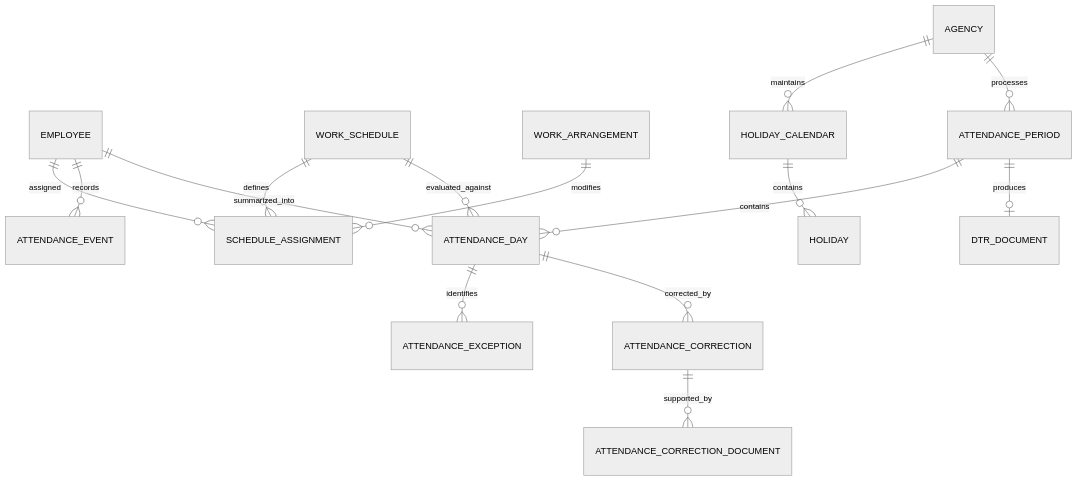
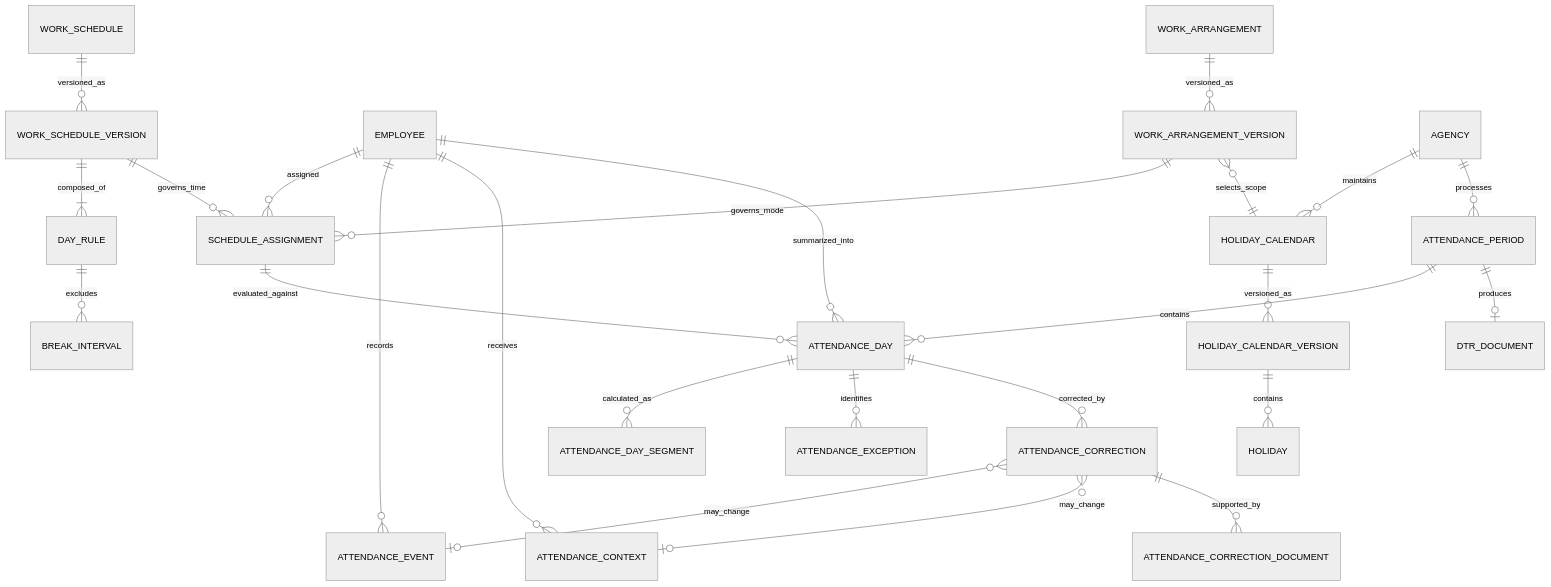
One commit to systemeror12/lingkod-hr changed the seventh of 13 diagrams in docs/conceptual-erd.md. Above: the diagram before and after it, drawn with Mermaid (neutral theme). The commit also changed other lines of this file and 10 other files, not shown here.

````diff
--- a/docs/conceptual-erd.md
+++ b/docs/conceptual-erd.md
@@ -352,21 +354,31 @@
 ```mermaid
 erDiagram
+    WORK_SCHEDULE ||--o{ WORK_SCHEDULE_VERSION : versioned_as
+    WORK_SCHEDULE_VERSION ||--|{ DAY_RULE : composed_of
+    DAY_RULE ||--o{ BREAK_INTERVAL : excludes
     EMPLOYEE ||--o{ SCHEDULE_ASSIGNMENT : assigned
-    WORK_SCHEDULE ||--o{ SCHEDULE_ASSIGNMENT : defines
-    WORK_ARRANGEMENT ||--o{ SCHEDULE_ASSIGNMENT : modifies
+    WORK_SCHEDULE_VERSION ||--o{ SCHEDULE_ASSIGNMENT : governs_time
+    WORK_ARRANGEMENT ||--o{ WORK_ARRANGEMENT_VERSION : versioned_as
+    WORK_ARRANGEMENT_VERSION ||--o{ SCHEDULE_ASSIGNMENT : governs_mode
 
     AGENCY ||--o{ HOLIDAY_CALENDAR : maintains
-    HOLIDAY_CALENDAR ||--o{ HOLIDAY : contains
+    HOLIDAY_CALENDAR ||--o{ HOLIDAY_CALENDAR_VERSION : versioned_as
+    HOLIDAY_CALENDAR_VERSION ||--o{ HOLIDAY : contains
+    WORK_ARRANGEMENT_VERSION }o--|| HOLIDAY_CALENDAR : selects_scope
 
     EMPLOYEE ||--o{ ATTENDANCE_EVENT : records
+    EMPLOYEE ||--o{ ATTENDANCE_CONTEXT : receives
     EMPLOYEE ||--o{ ATTENDANCE_DAY : summarized_into
-    WORK_SCHEDULE ||--o{ ATTENDANCE_DAY : evaluated_against
+    SCHEDULE_ASSIGNMENT ||--o{ ATTENDANCE_DAY : evaluated_against
+    ATTENDANCE_DAY ||--o{ ATTENDANCE_DAY_SEGMENT : calculated_as
 
     ATTENDANCE_DAY ||--o{ ATTENDANCE_EXCEPTION : identifies
     ATTENDANCE_DAY ||--o{ ATTENDANCE_CORRECTION : corrected_by
+    ATTENDANCE_CORRECTION }o--o| ATTENDANCE_EVENT : may_change
+    ATTENDANCE_CORRECTION }o--o| ATTENDANCE_CONTEXT : may_change
     ATTENDANCE_CORRECTION ||--o{ ATTENDANCE_CORRECTION_DOCUMENT : supported_by
 
     AGENCY ||--o{ ATTENDANCE_PERIOD : processes
     ATTENDANCE_PERIOD ||--o{ ATTENDANCE_DAY : contains
     ATTENDANCE_PERIOD ||--o| DTR_DOCUMENT : produces
 ```
````
